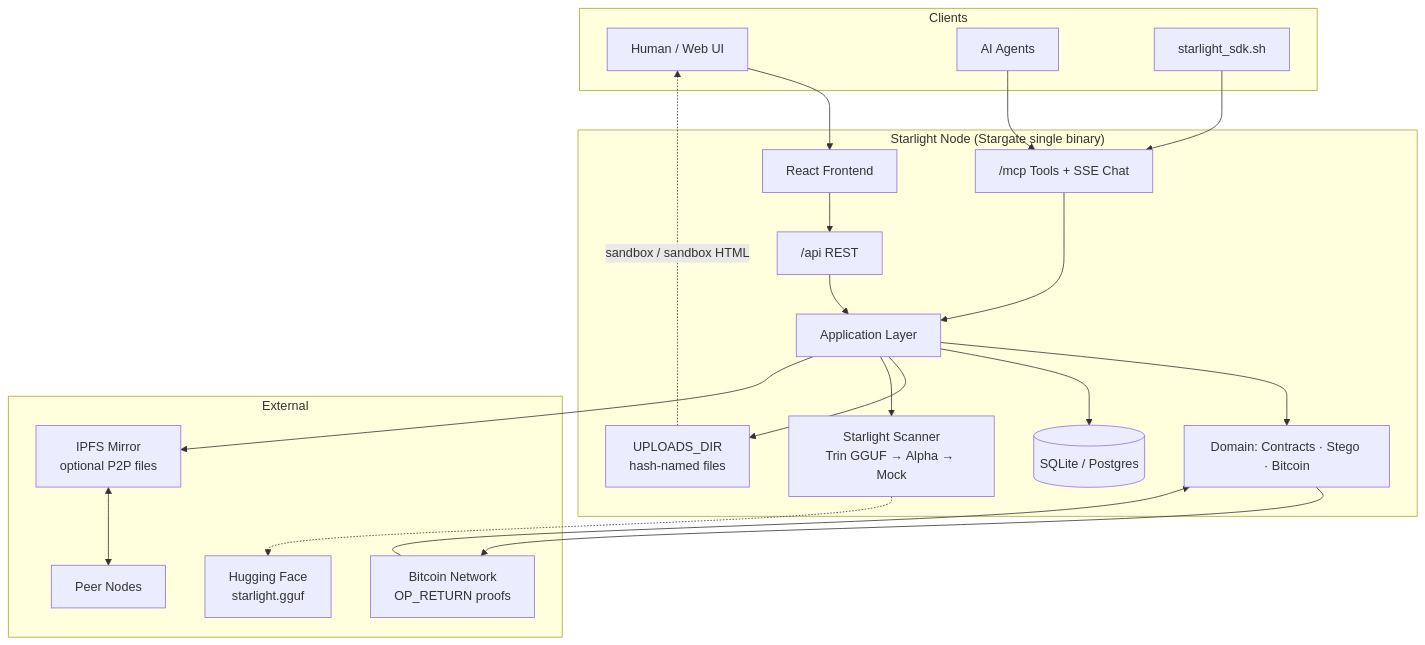
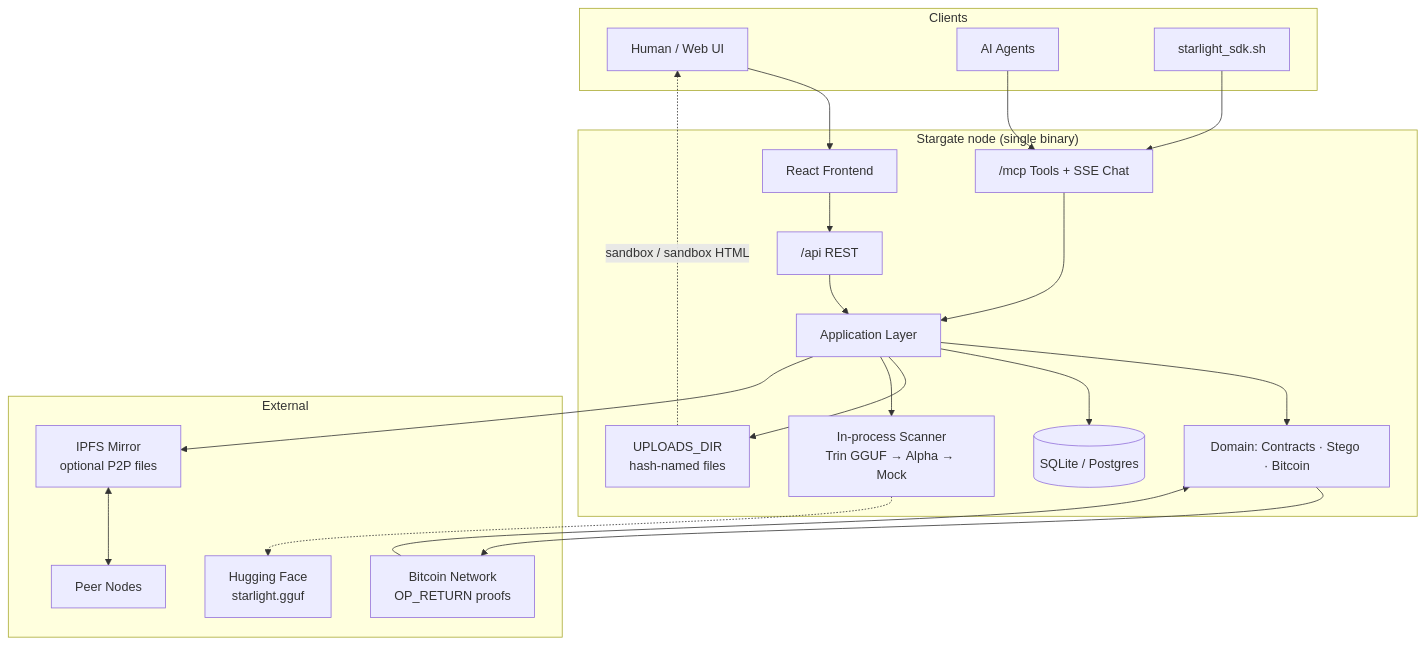
One commit to macroadster/starlight changed the first of 6 diagrams in ARCHITECTURE.md. Above: the diagram before and after it, drawn with Mermaid. The commit also changed other lines of this file, not shown here.

Commit message:
docs: update ARCHITECTURE.md — marketplace framing, starlight-ai naming, drop stale tls/ and HTTP-scanner refs, managed btcd default

````diff
--- a/ARCHITECTURE.md
+++ b/ARCHITECTURE.md
@@ -9,43 +9,43 @@
 ```mermaid
 flowchart TB
   subgraph Clients
     Human[Human / Web UI]
     Agent[AI Agents]
     SDK[starlight_sdk.sh]
   end
 
-  subgraph StarlightNode["Starlight Node (Stargate single binary)"]
+  subgraph StargateNode["Stargate node (single binary)"]
     FE[React Frontend]
     API["/api REST"]
     MCP["/mcp Tools + SSE Chat"]
     App[Application Layer]
     Domain[Domain: Contracts · Stego · Bitcoin]
     Store[(SQLite / Postgres)]
     Files[UPLOADS_DIR<br/>hash-named files]
-    Scanner[Starlight Scanner<br/>Trin GGUF → Alpha → Mock]
+    Scanner[In-process Scanner<br/>Trin GGUF → Alpha → Mock]
   end
 
   subgraph External
     BTC[Bitcoin Network<br/>OP_RETURN proofs]
     IPFS[IPFS Mirror<br/>optional P2P files]
     HF[Hugging Face<br/>starlight.gguf]
     Peers[Peer Nodes]
   end
 
   Human --> FE
   FE --> API
   Agent --> MCP
   SDK --> MCP
   API --> App
   MCP --> App
   App --> Domain
   App --> Store
   App --> Files
   App --> Scanner
   Domain --> BTC
   App --> IPFS
   Scanner -.-> HF
   IPFS <--> Peers
   BTC --> Domain
   Files -.->|sandbox / sandbox HTML| Human
 ```
````
